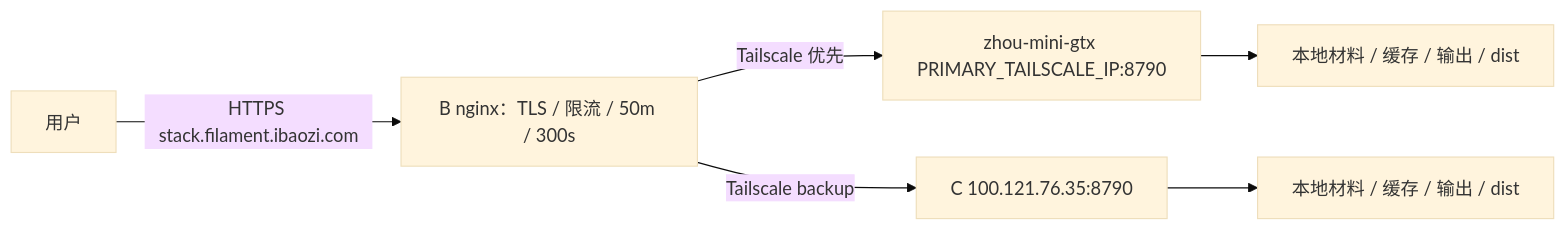
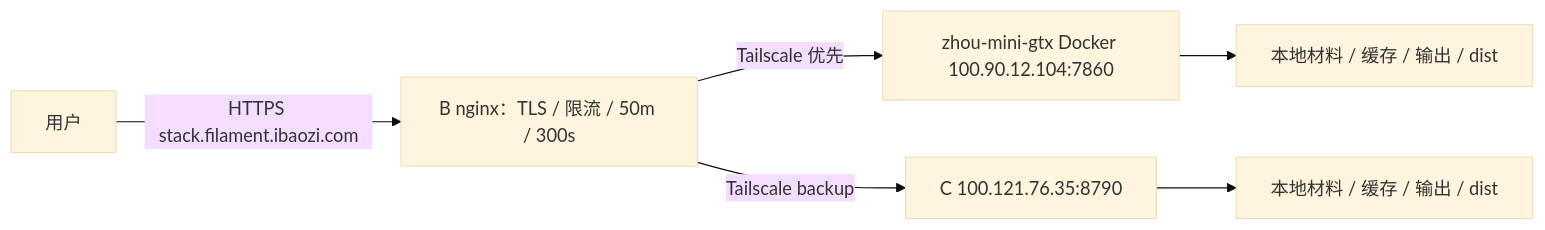
One commit to a523959108-rgb/filament-picker changed the diagram in deploy/lumina/README.md. Above: the diagram before and after it, drawn with Mermaid (base theme). The commit also changed other lines of this file and 14 other files, not shown here.

````diff
--- a/deploy/lumina/README.md
+++ b/deploy/lumina/README.md
@@ -5,8 +5,8 @@
 ```mermaid
 flowchart LR
     U[用户] -->|HTTPS stack.filament.ibaozi.com| B[B nginx：TLS / 限流 / 50m / 300s]
-    B -->|Tailscale 优先| P[zhou-mini-gtx PRIMARY_TAILSCALE_IP:8790]
+    B -->|Tailscale 优先| P[zhou-mini-gtx Docker 100.90.12.104:7860]
     B -->|Tailscale backup| C[C 100.121.76.35:8790]
     P --> PD[本地材料 / 缓存 / 输出 / dist]
     C --> CD[本地材料 / 缓存 / 输出 / dist]
 ```
````
